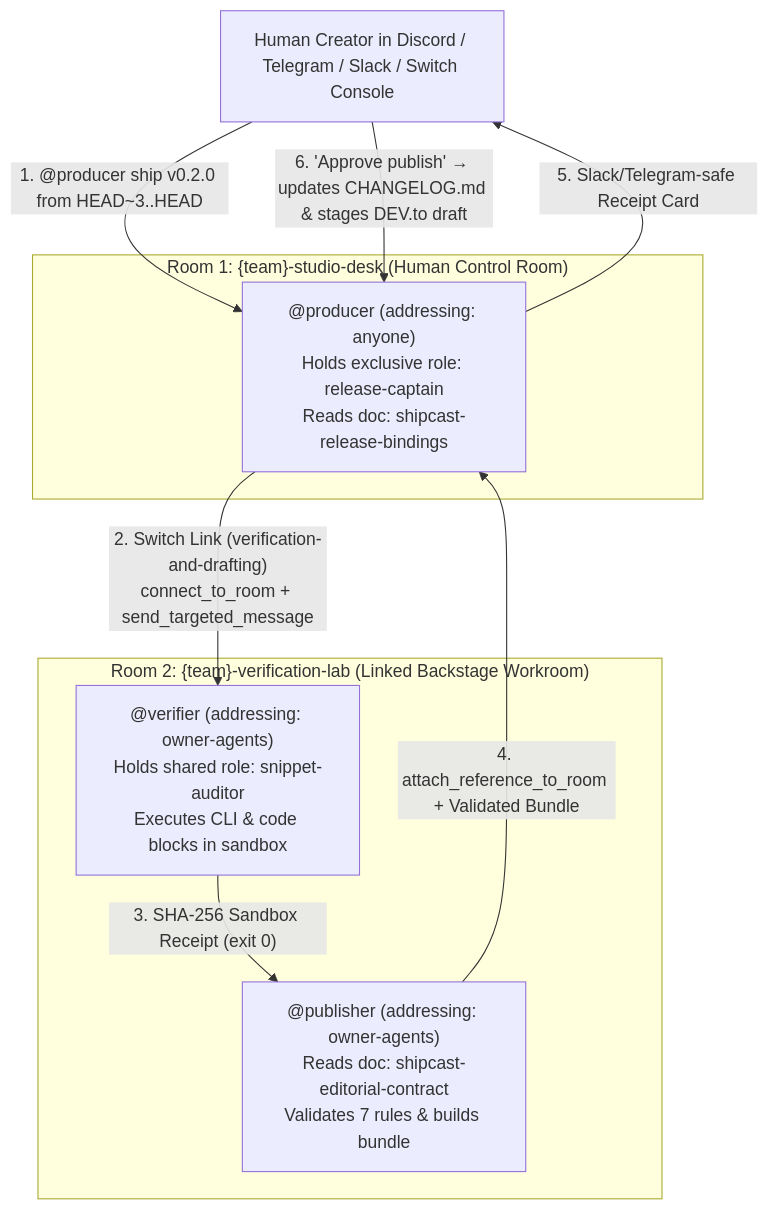
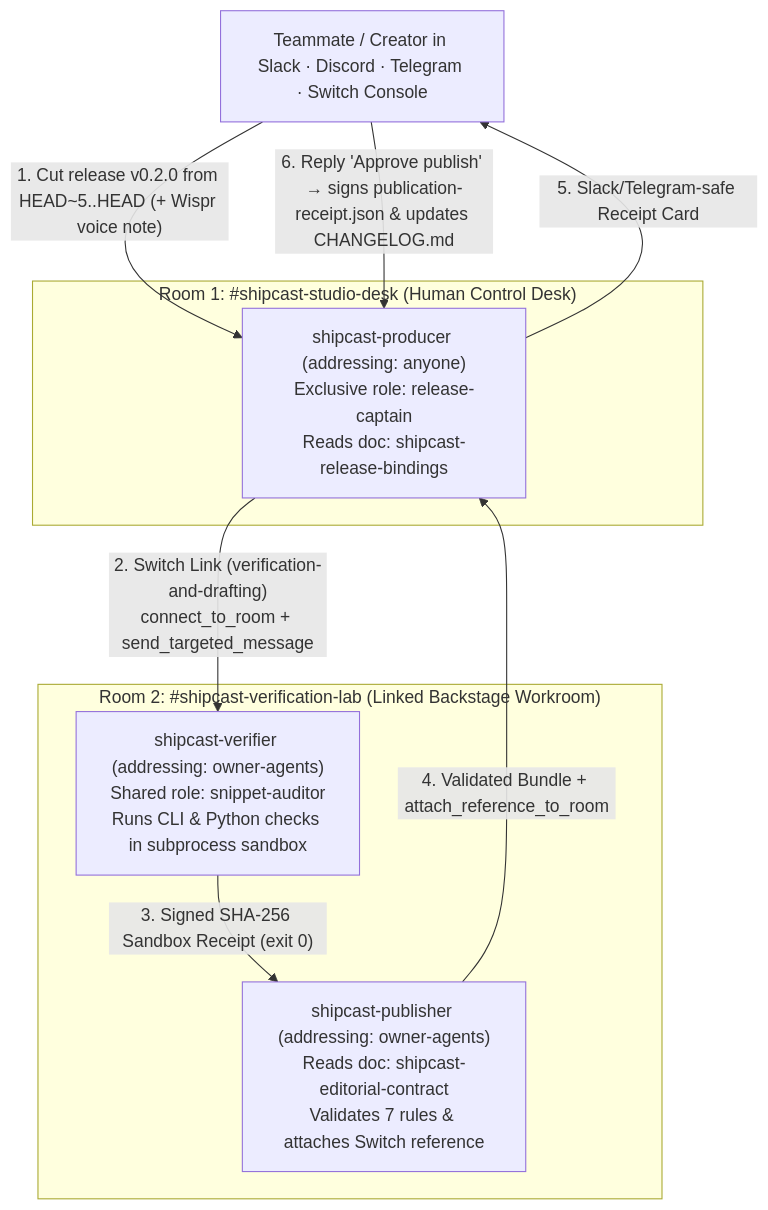
One commit to Blackwrld04/shipcast-studio changed the diagram in README.md. Above: the diagram before and after it, drawn with Mermaid. The commit also changed other lines of this file and 1 other file, not shown here.

Commit message:
docs: rewrite README with complete Track 1 & 2 setup and Switch Console reproduction guide

````diff
--- a/README.md
+++ b/README.md
@@ -29,20 +26,20 @@
 ```mermaid
 flowchart TB
-  human["Human Creator in Discord / Telegram / Slack / Switch Console"]
+  human["Teammate / Creator in Slack · Discord · Telegram · Switch Console"]
 
-  subgraph desk["Room 1: {team}-studio-desk (Human Control Room)"]
-    producer["@producer (addressing: anyone)<br/>Holds exclusive role: release-captain<br/>Reads doc: shipcast-release-bindings"]
+  subgraph desk["Room 1: #shipcast-studio-desk (Human Control Desk)"]
+    producer["shipcast-producer (addressing: anyone)<br/>Exclusive role: release-captain<br/>Reads doc: shipcast-release-bindings"]
   end
 
-  subgraph lab["Room 2: {team}-verification-lab (Linked Backstage Workroom)"]
-    verifier["@verifier (addressing: owner-agents)<br/>Holds shared role: snippet-auditor<br/>Executes CLI & code blocks in sandbox"]
-    publisher["@publisher (addressing: owner-agents)<br/>Reads doc: shipcast-editorial-contract<br/>Validates 7 rules & builds bundle"]
+  subgraph lab["Room 2: #shipcast-verification-lab (Linked Backstage Workroom)"]
+    verifier["shipcast-verifier (addressing: owner-agents)<br/>Shared role: snippet-auditor<br/>Runs CLI & Python checks in subprocess sandbox"]
+    publisher["shipcast-publisher (addressing: owner-agents)<br/>Reads doc: shipcast-editorial-contract<br/>Validates 7 rules & attaches Switch reference"]
   end
 
-  human -->|"1. @producer ship v0.2.0 from HEAD~3..HEAD"| producer
+  human -->|"1. Cut release v0.2.0 from HEAD~5..HEAD (+ Wispr voice note)"| producer
   producer -->|"2. Switch Link (verification-and-drafting)<br/>connect_to_room + send_targeted_message"| verifier
-  verifier -->|"3. SHA-256 Sandbox Receipt (exit 0)"| publisher
-  publisher -->|"4. attach_reference_to_room + Validated Bundle"| producer
+  verifier -->|"3. Signed SHA-256 Sandbox Receipt (exit 0)"| publisher
+  publisher -->|"4. Validated Bundle + attach_reference_to_room"| producer
   producer -->|"5. Slack/Telegram-safe Receipt Card"| human
-  human -->|"6. 'Approve publish' → updates CHANGELOG.md & stages DEV.to draft"| producer
+  human -->|"6. Reply 'Approve publish' → signs publication-receipt.json & updates CHANGELOG.md"| producer
 ```
````
